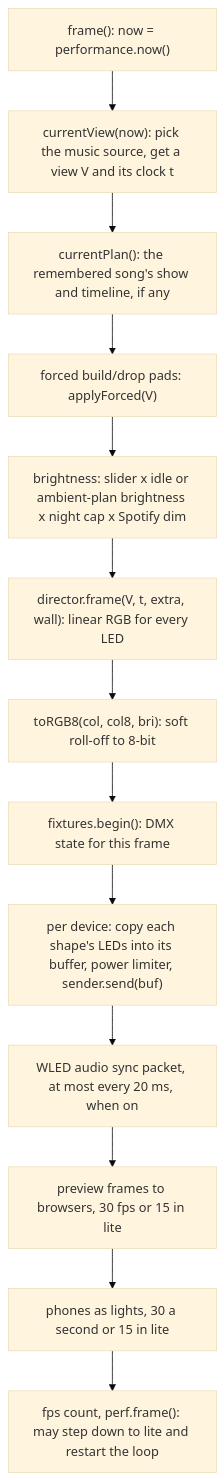
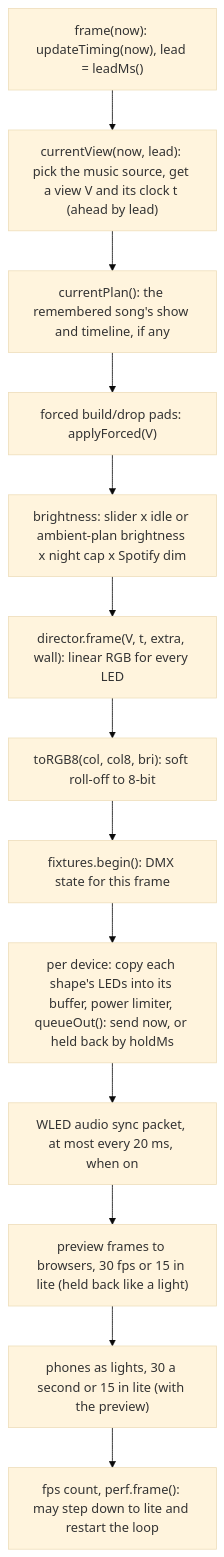
Before and after one commit to D4RKGEEK/tempolight: the second of 4 diagrams in mintlify/architecture.mdx, drawn with Mermaid (base theme). The commit also changed other lines of this file and 20 other files, not shown here.

````diff
--- a/mintlify/architecture.mdx
+++ b/mintlify/architecture.mdx
@@ -94,15 +97,15 @@
 ```mermaid
 flowchart TD
-  A["frame(): now = performance.now()"] --> B["currentView(now): pick the music source, get a view V and its clock t"]
+  A["frame(now): updateTiming(now), lead = leadMs()"] --> B["currentView(now, lead): pick the music source, get a view V and its clock t (ahead by lead)"]
   B --> C["currentPlan(): the remembered song's show and timeline, if any"]
   C --> D["forced build/drop pads: applyForced(V)"]
   D --> E["brightness: slider x idle or ambient-plan brightness x night cap x Spotify dim"]
   E --> F["director.frame(V, t, extra, wall): linear RGB for every LED"]
   F --> G["toRGB8(col, col8, bri): soft roll-off to 8-bit"]
   G --> H["fixtures.begin(): DMX state for this frame"]
-  H --> I["per device: copy each shape's LEDs into its buffer, power limiter, sender.send(buf)"]
+  H --> I["per device: copy each shape's LEDs into its buffer, power limiter, queueOut(): send now, or held back by holdMs"]
   I --> J["WLED audio sync packet, at most every 20 ms, when on"]
-  J --> K["preview frames to browsers, 30 fps or 15 in lite"]
-  K --> L["phones as lights, 30 a second or 15 in lite"]
+  J --> K["preview frames to browsers, 30 fps or 15 in lite (held back like a light)"]
+  K --> L["phones as lights, 30 a second or 15 in lite (with the preview)"]
   L --> M["fps count, perf.frame(): may step down to lite and restart the loop"]
 ```
````
